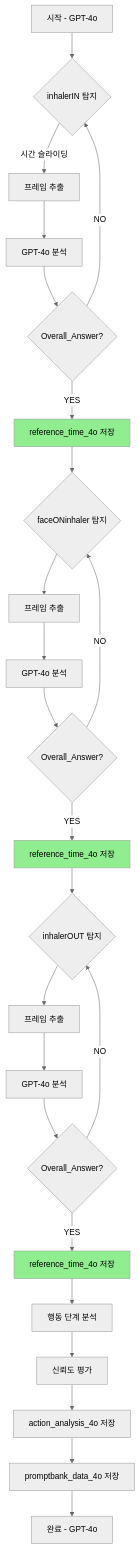
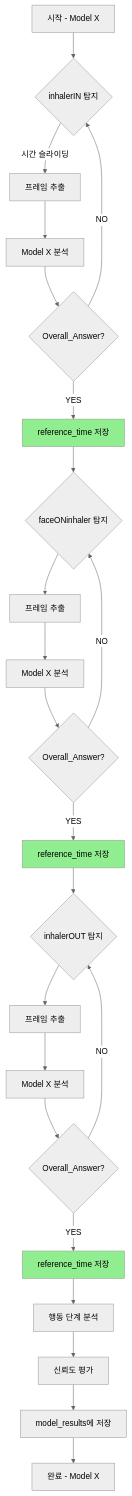
The third of 13 diagrams in app/ARCHITECTURE.md (BrianTakion/AI_inhaler_Langgraph), drawn with Mermaid (neutral theme) before and after one commit. The commit also changed other lines of this file and 12 other files, not shown here.

````diff
--- a/app/ARCHITECTURE.md
+++ b/app/ARCHITECTURE.md
@@ -64,33 +74,32 @@
 ```mermaid
 graph TD
-    A[시작 - GPT-4o] --> B{inhalerIN 탐지}
+    A[시작 - Model X] --> B{inhalerIN 탐지}
     B -->|시간 슬라이딩| C[프레임 추출]
-    C --> D[GPT-4o 분석]
+    C --> D[Model X 분석]
     D --> E{Overall_Answer?}
-    E -->|YES| F[reference_time_4o 저장]
+    E -->|YES| F[reference_time 저장]
     E -->|NO| B
 
     F --> G{faceONinhaler 탐지}
     G --> H[프레임 추출]
-    H --> I[GPT-4o 분석]
+    H --> I[Model X 분석]
     I --> J{Overall_Answer?}
-    J -->|YES| K[reference_time_4o 저장]
+    J -->|YES| K[reference_time 저장]
     J -->|NO| G
 
     K --> L{inhalerOUT 탐지}
     L --> M[프레임 추출]
-    M --> N[GPT-4o 분석]
+    M --> N[Model X 분석]
     N --> O{Overall_Answer?}
-    O -->|YES| P[reference_time_4o 저장]
+    O -->|YES| P[reference_time 저장]
     O -->|NO| L
 
     P --> Q[행동 단계 분석]
     Q --> R[신뢰도 평가]
-    R --> S[action_analysis_4o 저장]
-    S --> T[promptbank_data_4o 저장]
-    T --> U[완료 - GPT-4o]
+    R --> S[model_results에 저장]
+    S --> T[완료 - Model X]
     
     style F fill:#90EE90
     style K fill:#90EE90
     style P fill:#90EE90
 ```
````
